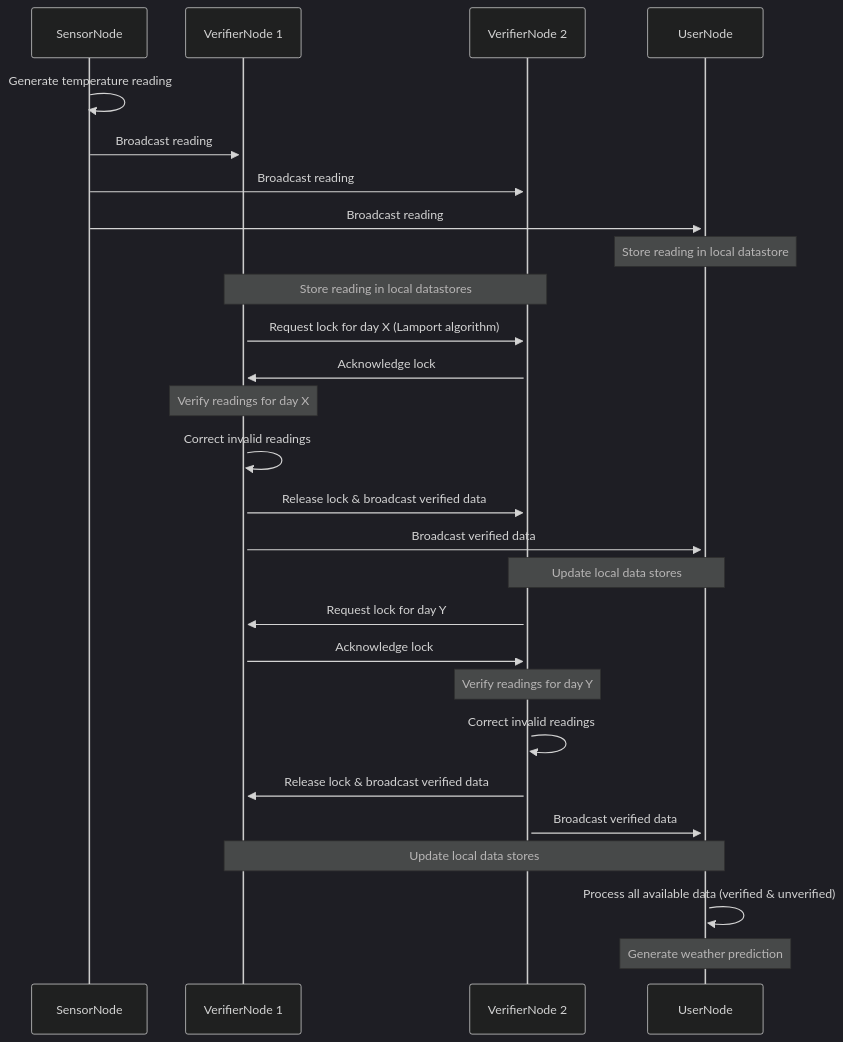
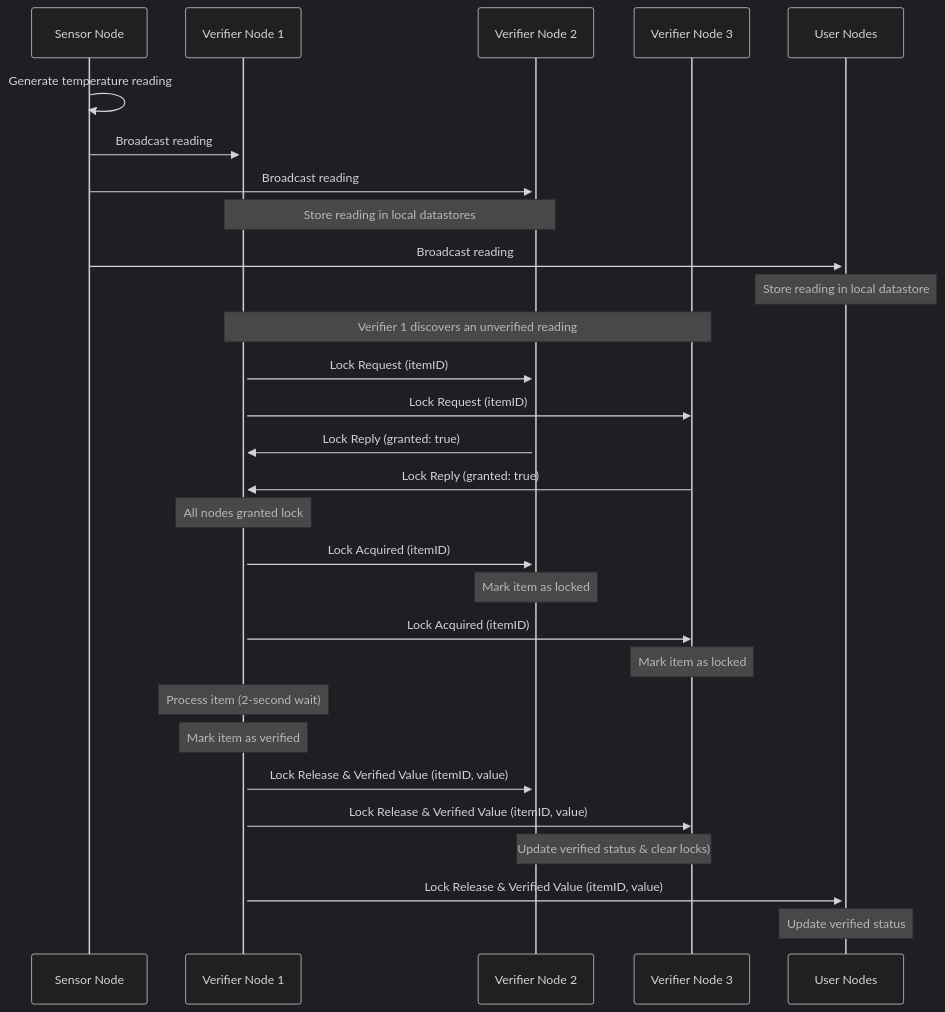
The fourth of 5 diagrams in README.md (4l3x4ndre/Distributed-System-with-Verification), drawn with Mermaid (dark theme) before and after one commit. The commit also changed other lines of this file and 3 other files, not shown here.

Commit message:
fix verifier lock (lock reject case) and update readme

````diff
--- a/README.md
+++ b/README.md
@@ -339,40 +357,44 @@
 ```mermaid
 sequenceDiagram
-    participant S as SensorNode
-    participant V1 as VerifierNode 1
-    participant V2 as VerifierNode 2
-    participant U as UserNode
+    participant S as Sensor Node
+    participant V1 as Verifier Node 1
+    participant V2 as Verifier Node 2
+    participant V3 as Verifier Node 3
+    participant U as User Nodes
     
     S->>S: Generate temperature reading
     S->>+V1: Broadcast reading
     S->>+V2: Broadcast reading
+    Note over V1,V2: Store reading in local datastores
+
     S->>+U: Broadcast reading
+    Note over U: Store reading in local datastore
     
-    Note over U: Store reading in local datastore
-    Note over V1,V2: Store reading in local datastores
     
-    V1->>V2: Request lock for day X (Lamport algorithm)
-    V2->>V1: Acknowledge lock
+    Note over V1,V3: Verifier 1 discovers an unverified reading
     
-    Note over V1: Verify readings for day X
+    V1->>V2: Lock Request (itemID)
+    V1->>V3: Lock Request (itemID)
     
-    V1->>V1: Correct invalid readings
-    V1->>V2: Release lock & broadcast verified data
-    V1->>U: Broadcast verified data
+    V2->>V1: Lock Reply (granted: true)
+    V3->>V1: Lock Reply (granted: true)
     
-    Note over V2,U: Update local data stores
+    Note over V1: All nodes granted lock
     
-    V2->>V1: Request lock for day Y
-    V1->>V2: Acknowledge lock
+    V1->>V2: Lock Acquired (itemID)
+    Note over V2: Mark item as locked
+    V1->>V3: Lock Acquired (itemID)
+    Note over V3: Mark item as locked
     
-    Note over V2: Verify readings for day Y
+    Note over V1: Process item (2-second wait)
     
-    V2->>V2: Correct invalid readings
-    V2->>V1: Release lock & broadcast verified data
-    V2->>U: Broadcast verified data
     
-    Note over V1,U: Update local data stores
+    Note over V1: Mark item as verified
     
-    U->>U: Process all available data (verified & unverified)
-    Note over U: Generate weather prediction
+    V1->>V2: Lock Release & Verified Value (itemID, value)
+    V1->>V3: Lock Release & Verified Value (itemID, value)
+    
+    Note over V2,V3: Update verified status & clear locks)
+    V1->>U: Lock Release & Verified Value (itemID, value)
+    Note over U: Update verified status
 ```
````
